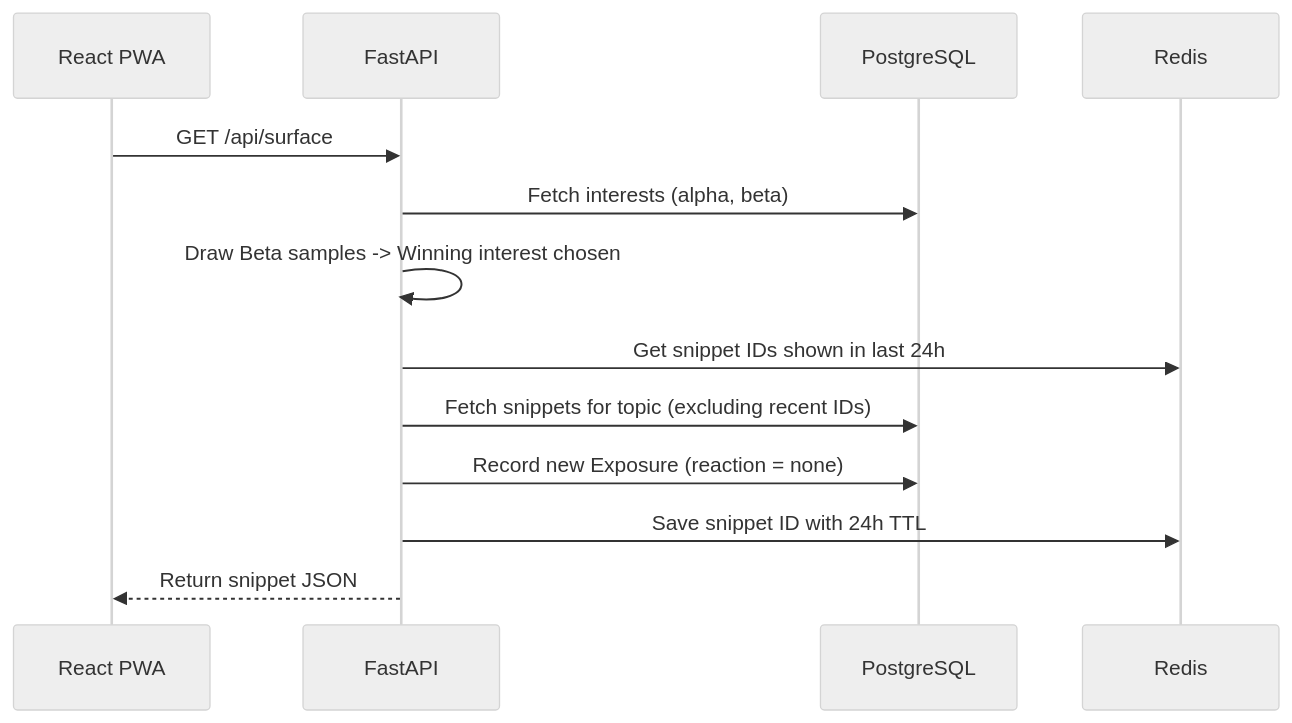
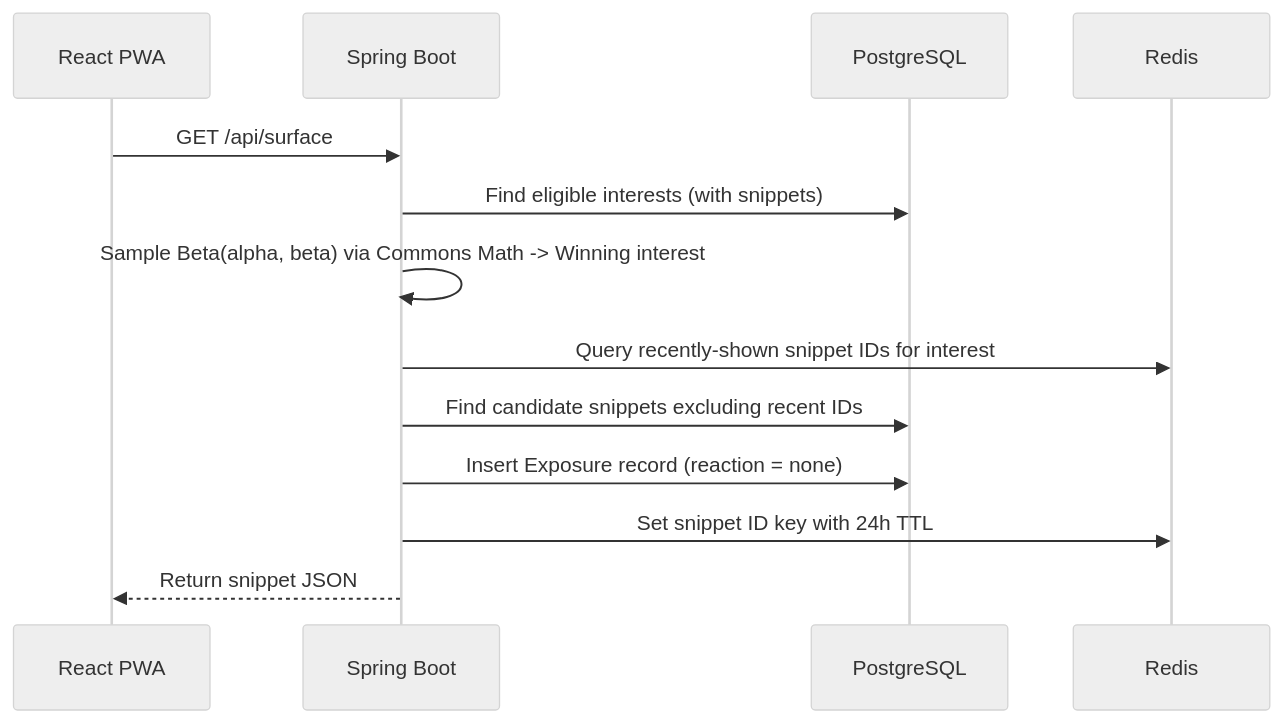
Before and after one commit to VishalWadg/Rekindle: the third of 4 diagrams in docs/architecture.md, drawn with Mermaid (neutral theme). The commit also changed other lines of this file and 33 other files, not shown here.

Commit message:
feat(backend): pivot to java spring boot with jpa entities, flyway migration, and repositories

````diff
--- a/docs/architecture.md
+++ b/docs/architecture.md
@@ -114,16 +129,16 @@
 ```mermaid
 sequenceDiagram
     participant App as React PWA
-    participant API as FastAPI
+    participant API as Spring Boot
     participant DB as PostgreSQL
     participant Cache as Redis
 
     App->>API: GET /api/surface
-    API->>DB: Fetch interests (alpha, beta)
-    API->>API: Draw Beta samples -> Winning interest chosen
-    API->>Cache: Get snippet IDs shown in last 24h
-    API->>DB: Fetch snippets for topic (excluding recent IDs)
-    API->>DB: Record new Exposure (reaction = none)
-    API->>Cache: Save snippet ID with 24h TTL
+    API->>DB: Find eligible interests (with snippets)
+    API->>API: Sample Beta(alpha, beta) via Commons Math -> Winning interest
+    API->>Cache: Query recently-shown snippet IDs for interest
+    API->>DB: Find candidate snippets excluding recent IDs
+    API->>DB: Insert Exposure record (reaction = none)
+    API->>Cache: Set snippet ID key with 24h TTL
     API-->>App: Return snippet JSON
 ```
````
